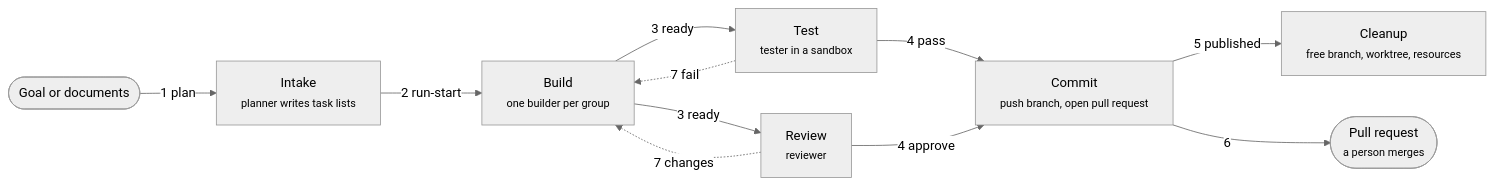
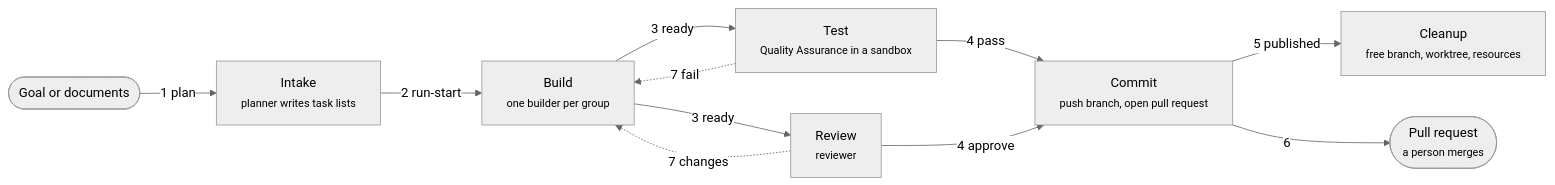
The first of 5 diagrams in docs/hld.md (rdevitto86/komodo-agentic-harness-coding), drawn with Mermaid (neutral theme) before and after one commit. The commit also changed other lines of this file and 1 other file, not shown here.

Commit message:
docs: rename the Tester to Quality Assurance; reopen G-309 as the branch-check interface

````diff
--- a/docs/hld.md
+++ b/docs/hld.md
@@ -14,21 +14,21 @@
 ```mermaid
 flowchart LR
   G(["Goal or documents"]):::actor
   I["Intake<br><small>planner writes task lists</small>"]
   B["Build<br><small>one builder per group</small>"]:::core
-  T["Test<br><small>tester in a sandbox</small>"]:::core
+  T["Test<br><small>Quality Assurance in a sandbox</small>"]:::core
   R["Review<br><small>reviewer</small>"]:::core
   C["Commit<br><small>push branch, open pull request</small>"]
   CL["Cleanup<br><small>free branch, worktree, resources</small>"]
   PR(["Pull request<br><small>a person merges</small>"]):::ok
   G -->|"1 plan"| I
   I -->|"2 run-start"| B
   B -->|"3 ready"| T
   B -->|"3 ready"| R
   T -->|"4 pass"| C
   R -->|"4 approve"| C
   C -->|"5 published"| CL
   C -->|"6"| PR
   T -.->|"7 fail"| B
   R -.->|"7 changes"| B
 ```
````
